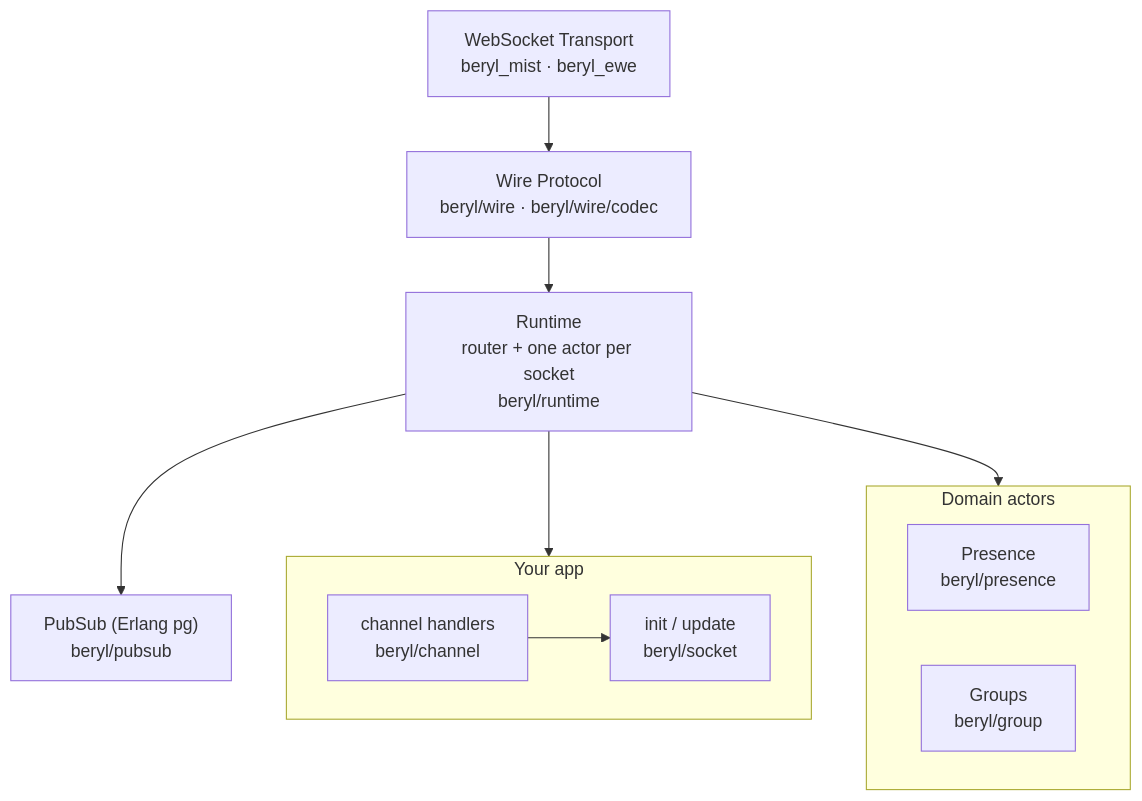
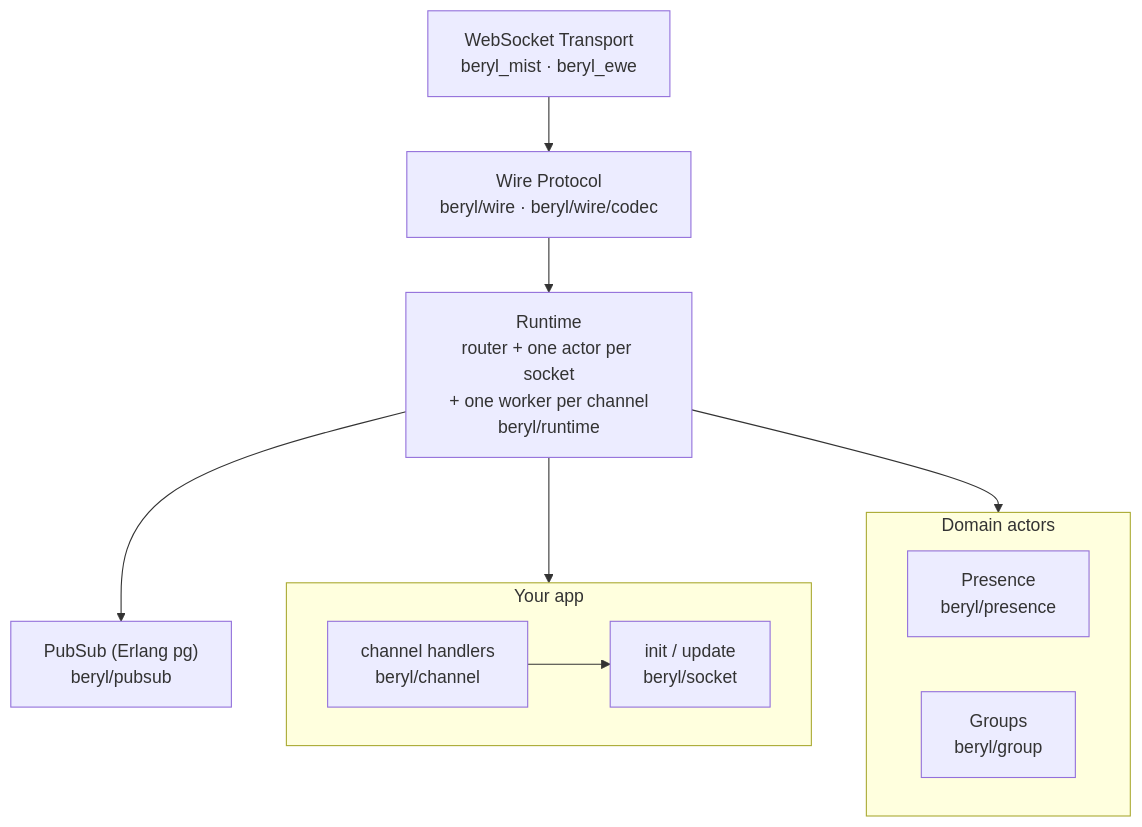
Before and after one commit to tylerbutler/beryl: the first of 2 diagrams in website/src/content/docs/architecture/overview.md, drawn with Mermaid. The commit also changed other lines of this file and 27 other files, not shown here.

````diff
--- a/website/src/content/docs/architecture/overview.md
+++ b/website/src/content/docs/architecture/overview.md
@@ -25,19 +25,19 @@
 ```mermaid
 flowchart TB
   T["WebSocket Transport<br/>beryl_mist · beryl_ewe"]
   W["Wire Protocol<br/>beryl/wire · beryl/wire/codec"]
-  RT["Runtime<br/>router + one actor per socket<br/>beryl/runtime"]
+  RT["Runtime<br/>router + one actor per socket<br/>+ one worker per channel<br/>beryl/runtime"]
   subgraph App["Your app"]
     C["channel handlers<br/>beryl/channel"]
     U["init / update<br/>beryl/socket"]
     C --> U
   end
   subgraph Domain["Domain actors"]
     P["Presence<br/>beryl/presence"]
     G["Groups<br/>beryl/group"]
   end
   PS["PubSub (Erlang pg)<br/>beryl/pubsub"]
   T --> W --> RT --> App
   RT --> Domain
   RT --> PS
 ```
````
